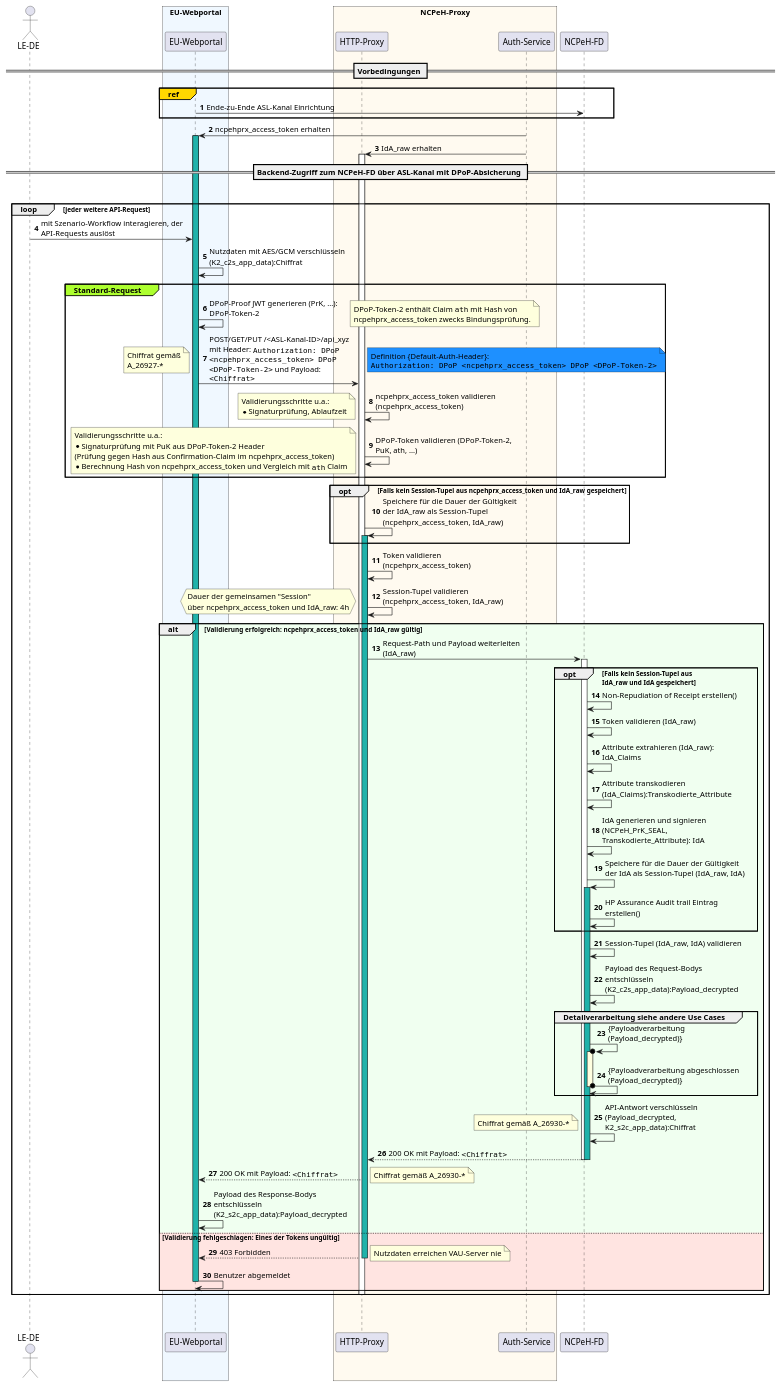
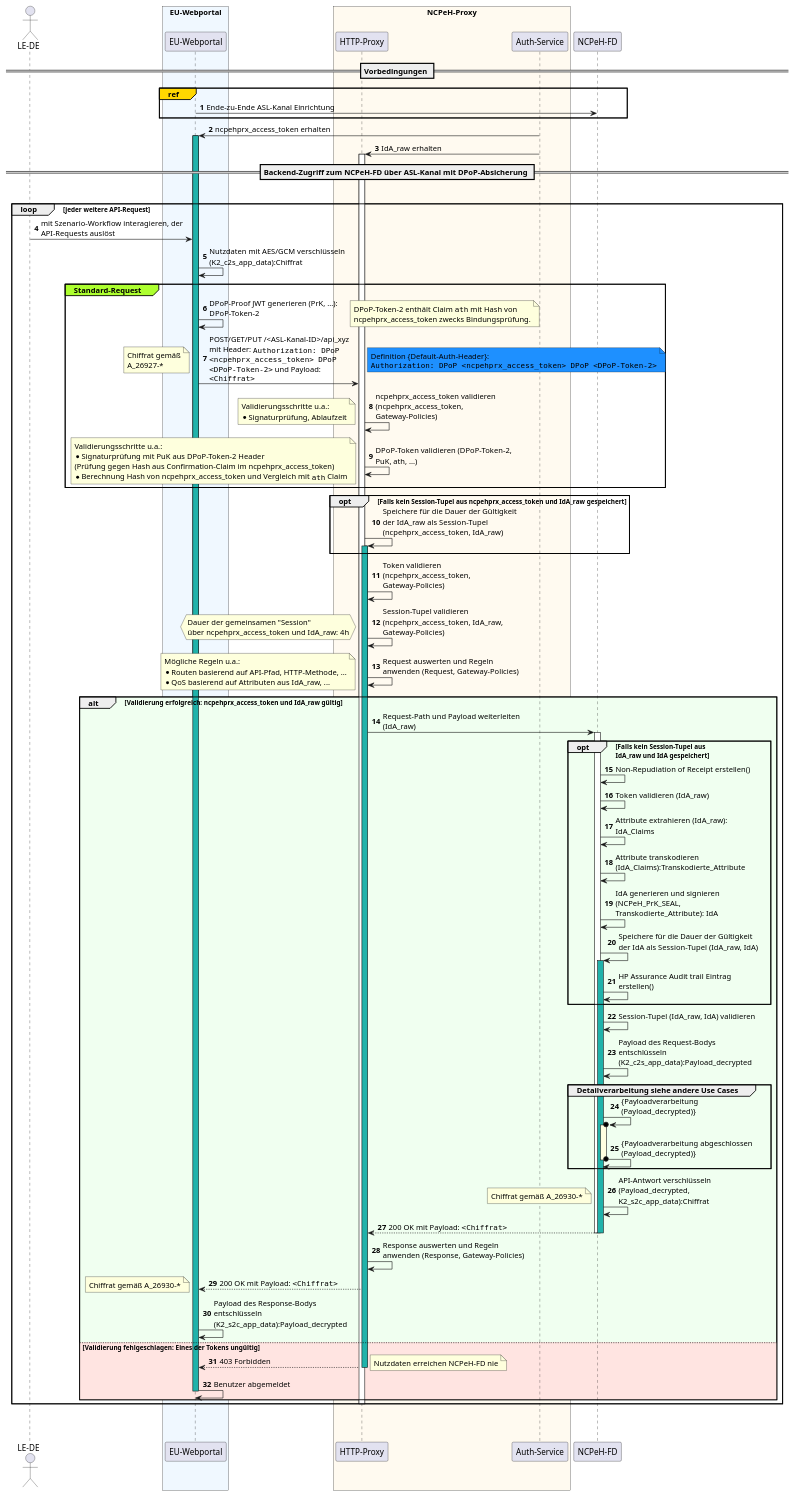
One commit to gematik/api-ncpeh changed the diagram in src/images/eped-b/auth/backend-access_seq.puml. Above: the diagram before and after it, drawn with PlantUML. The commit also changed 1 other file, not shown here.

Commit message:
Update backend-access_seq.svg and backend-access_seq.puml: gateway policies aspect

```diff
--- a/src/images/eped-b/auth/backend-access_seq.puml
+++ b/src/images/eped-b/auth/backend-access_seq.puml
@@ -1,135 +1,142 @@
 @startuml
 !pragma PLS 8192
 
 skinparam maxMessageSize 250
 autonumber
 hide unlinked
 
 actor "LE-DE" as User
 box "EU-Webportal" #AliceBlue
     participant "EU-Webportal" as WebApp
 end box
 box "Hilfsmittel der gematik" #WhiteSmoke
     participant "gematik\nAuthenticator" as AuthApp
     participant "Konnektor" as Konnektor
     participant "IDP-Dienst" as IDP
 end box
 box "NCPeH-Proxy" #FloralWhite
     participant "HTTP-Proxy" as Proxy
     participant "Auth-Service" as AuthService
 end box
 participant "NCPeH-FD" as NCPeH
 
 
 == Vorbedingungen ==
 group#Gold ref
     WebApp -> NCPeH: Ende-zu-Ende ASL-Kanal Einrichtung
 end
 
 AuthService -> WebApp: ncpehprx_access_token erhalten
 activate WebApp #LightSeaGreen
 
 AuthService -> Proxy: IdA_raw erhalten
 activate Proxy
 
 == Backend-Zugriff zum NCPeH-FD über ASL-Kanal mit DPoP-Absicherung ==
 
 |||
 loop jeder weitere API-Request
     User -> WebApp: mit Szenario-Workflow interagieren, der API-Requests auslöst
     WebApp -> WebApp: Nutzdaten mit AES/GCM verschlüsseln (K2_c2s_app_data):Chiffrat
 
 
     group#GreenYellow Standard-Request
 
-    WebApp -> WebApp: DPoP-Proof JWT generieren (PrK, ...): DPoP-Token-2
-    note right
-        DPoP-Token-2 enthält Claim ""ath"" mit Hash von
-        ncpehprx_access_token zwecks Bindungsprüfung.
-    end note
+        WebApp -> WebApp: DPoP-Proof JWT generieren (PrK, ...): DPoP-Token-2
+        note right
+            DPoP-Token-2 enthält Claim ""ath"" mit Hash von
+            ncpehprx_access_token zwecks Bindungsprüfung.
+        end note
 
-    WebApp -> Proxy: POST/GET/PUT /<ASL-Kanal-ID>/api_xyz mit Header: ""Authorization: DPoP <ncpehprx_access_token> DPoP <DPoP-Token-2>"" und Payload: ""<Chiffrat>""
-    note right #DodgerBlue
-        Definition {Default-Auth-Header}:
-        ""Authorization: DPoP <ncpehprx_access_token> DPoP <DPoP-Token-2>""
-    end note
-    note left
-        Chiffrat gemäß
-        A_26927-*
-    end note
-
-    Proxy -> Proxy: ncpehprx_access_token validieren (ncpehprx_access_token)
-    note left
-        Validierungsschritte u.a.:
-        * Signaturprüfung, Ablaufzeit
-    end note
-    Proxy -> Proxy: DPoP-Token validieren (DPoP-Token-2, PuK, ath, ...)
-    note left
-        Validierungsschritte u.a.:
-        * Signaturprüfung mit PuK aus DPoP-Token-2 Header
-        (Prüfung gegen Hash aus Confirmation-Claim im ncpehprx_access_token)
-        * Berechnung Hash von ncpehprx_access_token und Vergleich mit ""ath"" Claim
-    end note
-
+        WebApp -> Proxy: POST/GET/PUT /<ASL-Kanal-ID>/api_xyz mit Header: ""Authorization: DPoP <ncpehprx_access_token> DPoP <DPoP-Token-2>"" und Payload: ""<Chiffrat>""
+        note right #DodgerBlue
+            Definition {Default-Auth-Header}:
+            ""Authorization: DPoP <ncpehprx_access_token> DPoP <DPoP-Token-2>""
+        end note
+        note left
+            Chiffrat gemäß
+            A_26927-*
+        end note
+        Proxy -> Proxy: ncpehprx_access_token validieren (ncpehprx_access_token, Gateway-Policies)
+        note left
+            Validierungsschritte u.a.:
+            * Signaturprüfung, Ablaufzeit
+        end note
+        Proxy -> Proxy: DPoP-Token validieren (DPoP-Token-2, PuK, ath, ...)
+        note left
+            Validierungsschritte u.a.:
+            * Signaturprüfung mit PuK aus DPoP-Token-2 Header
+            (Prüfung gegen Hash aus Confirmation-Claim im ncpehprx_access_token)
+            * Berechnung Hash von ncpehprx_access_token und Vergleich mit ""ath"" Claim
+        end note
     end
 
     opt Falls kein Session-Tupel aus ncpehprx_access_token und IdA_raw gespeichert
         Proxy -> Proxy: Speichere für die Dauer der Gültigkeit der IdA_raw als Session-Tupel (ncpehprx_access_token, IdA_raw)
         activate Proxy #LightSeaGreen
     end
-    Proxy -> Proxy: Token validieren (ncpehprx_access_token)
-    Proxy -> Proxy: Session-Tupel validieren (ncpehprx_access_token, IdA_raw)
+    Proxy -> Proxy: Token validieren (ncpehprx_access_token, Gateway-Policies)
+    Proxy -> Proxy: Session-Tupel validieren (ncpehprx_access_token, IdA_raw, Gateway-Policies)
+    hnote left
+        Dauer der gemeinsamen "Session"
+        über ncpehprx_access_token und IdA_raw: 4h
+    end note
+
+    Proxy -> Proxy: Request auswerten und Regeln anwenden (Request, Gateway-Policies)
+    note left
+        Mögliche Regeln u.a.:
+        * Routen basierend auf API-Pfad, HTTP-Methode, ...
+        * QoS basierend auf Attributen aus IdA_raw, ...
+    end note
+
     alt #HoneyDew Validierung erfolgreich: ncpehprx_access_token und IdA_raw gültig
-        hnote left
-            Dauer der gemeinsamen "Session"
-            über ncpehprx_access_token und IdA_raw: 4h
-        end note
         Proxy -> NCPeH: Request-Path und Payload weiterleiten (IdA_raw)
         activate NCPeH
         opt Falls kein Session-Tupel aus\nIdA_raw und IdA gespeichert
             NCPeH -> NCPeH: Non-Repudiation of Receipt erstellen()  
             NCPeH -> NCPeH: Token validieren (IdA_raw)
             NCPeH -> NCPeH: Attribute extrahieren (IdA_raw): IdA_Claims
             NCPeH -> NCPeH: Attribute transkodieren (IdA_Claims):Transkodierte_Attribute
             NCPeH -> NCPeH: IdA generieren und signieren (NCPeH_PrK_SEAL, Transkodierte_Attribute): IdA
             NCPeH -> NCPeH: Speichere für die Dauer der Gültigkeit der IdA als Session-Tupel (IdA_raw, IdA)
             activate NCPeH #LightSeaGreen
             NCPeH -> NCPeH: HP Assurance Audit trail Eintrag erstellen()
         end
         NCPeH -> NCPeH: Session-Tupel (IdA_raw, IdA) validieren
         NCPeH -> NCPeH: Payload des Request-Bodys entschlüsseln (K2_c2s_app_data):Payload_decrypted
         group Detailverarbeitung siehe andere Use Cases
             NCPeH ->o NCPeH: {Payloadverarbeitung (Payload_decrypted)}
             activate NCPeH #LightYellow
             NCPeH o-> NCPeH: {Payloadverarbeitung abgeschlossen (Payload_decrypted)}
             deactivate NCPeH
         end
         NCPeH -> NCPeH: API-Antwort verschlüsseln (Payload_decrypted, K2_s2c_app_data):Chiffrat
         note left
             Chiffrat gemäß A_26930-*
         end note
 
         NCPeH --> Proxy: 200 OK mit Payload: ""<Chiffrat>""
         deactivate NCPeH
         deactivate NCPeH
+        Proxy -> Proxy: Response auswerten und Regeln anwenden (Response, Gateway-Policies)
 
         Proxy --> WebApp: 200 OK mit Payload: ""<Chiffrat>""
-        note right
+        note left
             Chiffrat gemäß A_26930-*
         end note
         WebApp -> WebApp: Payload des Response-Bodys entschlüsseln (K2_s2c_app_data):Payload_decrypted
         
     else #MistyRose Validierung fehlgeschlagen: Eines der Tokens ungültig
         Proxy --> WebApp: 403 Forbidden
     note right
-        Nutzdaten erreichen VAU-Server nie
+        Nutzdaten erreichen NCPeH-FD nie
     end note
         deactivate Proxy
         WebApp -> WebApp: Benutzer abgemeldet
         deactivate WebApp
     end
     deactivate Proxy
 end
     |||
 |||
 @enduml
```
